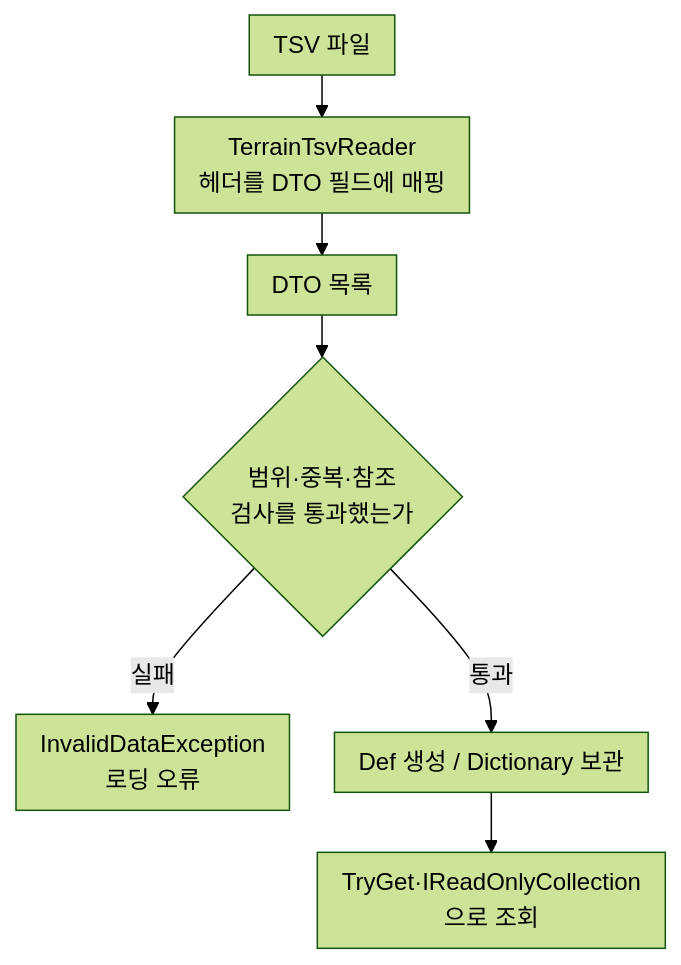
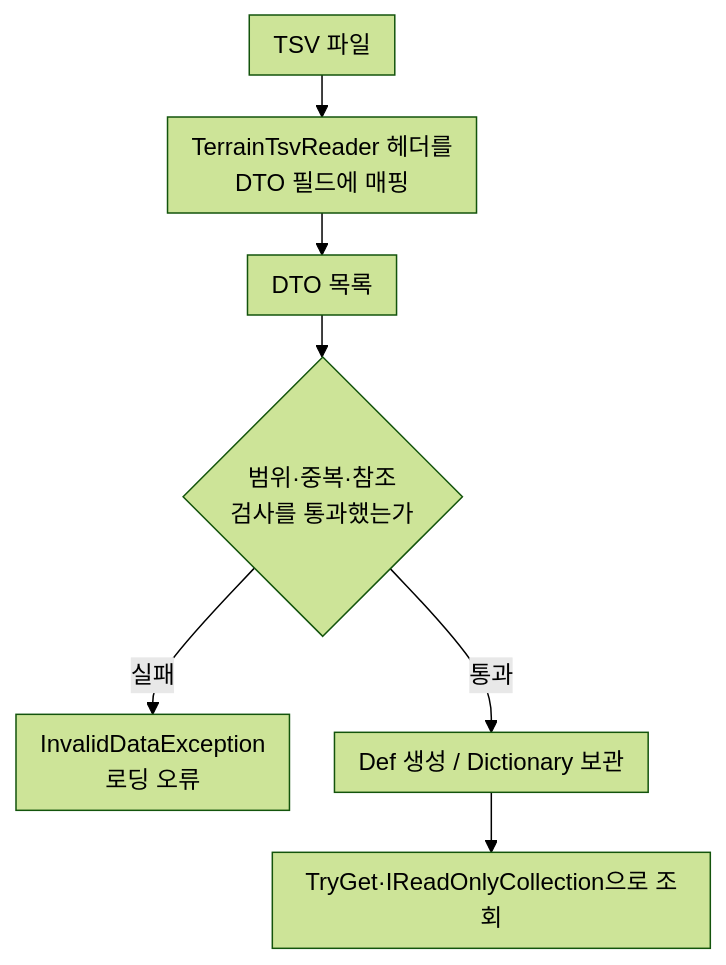
One commit to keeeery/portfolio changed the fifth of 13 diagrams in src/2-Folk-Sack/TechDoc_FolkSack.md. Above: the diagram before and after it, drawn with Mermaid (forest theme). The commit also changed other lines of this file and 16 other files, not shown here.

````diff
--- a/src/2-Folk-Sack/TechDoc_FolkSack.md
+++ b/src/2-Folk-Sack/TechDoc_FolkSack.md
@@ -315,11 +227,11 @@
 ```mermaid
 %%{init: {"flowchart": {"rankSpacing": 28, "nodeSpacing": 30, "padding": 8}}}%%
 flowchart TB
-    TSV["TSV 파일"] --> Reader["TerrainTsvReader<br/>헤더를 DTO 필드에 매핑"]
+    TSV["TSV 파일"] --> Reader["TerrainTsvReader 헤더를<br>DTO 필드에 매핑"]
     Reader --> DTO["DTO 목록"]
     DTO --> Check{"범위·중복·참조<br>검사를 통과했는가"}
     Check -->|실패| Error["InvalidDataException<br/>로딩 오류"]
     Check -->|통과| Def["Def 생성 / Dictionary 보관"]
-    Def --> Use["TryGet·IReadOnlyCollection으로 조회"]
+    Def --> Use["<div style=width:260px>TryGet·IReadOnlyCollection으로 조회"]
 %% 격자: TSV - | Reader - | DTO - | Check Error | Def - | Use -
 ```
````
